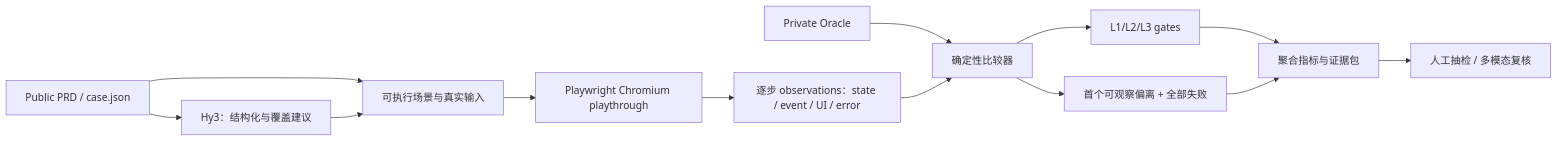
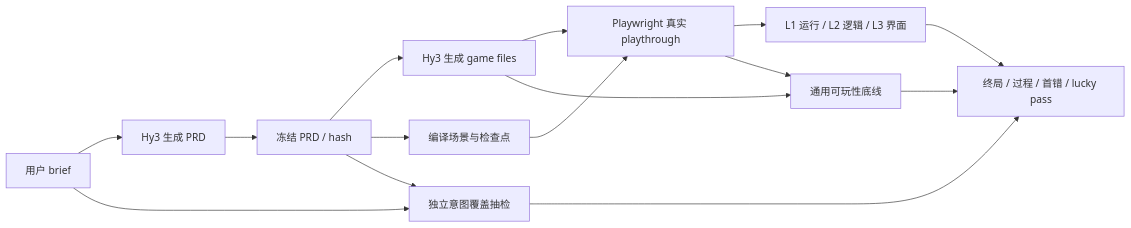
One commit to yu-xin-c/hy3-game-test-lab changed the diagram in docs/architecture.md. Above: the diagram before and after it, drawn with Mermaid. The commit also changed other lines of this file and 17 other files, not shown here.

Commit message:
feat: add brief-to-game generation flow

````diff
--- a/docs/architecture.md
+++ b/docs/architecture.md
@@ -5,15 +5,17 @@
 ```mermaid
 flowchart LR
-  A["Public PRD / case.json"] --> B["Hy3：结构化与覆盖建议"]
-  A --> C["可执行场景与真实输入"]
-  B --> C
-  C --> D["Playwright Chromium playthrough"]
-  D --> E["逐步 observations：state / event / UI / error"]
-  F["Private Oracle"] --> G["确定性比较器"]
-  E --> G
-  G --> H["L1/L2/L3 gates"]
-  G --> I["首个可观察偏离 + 全部失败"]
-  H --> J["聚合指标与证据包"]
-  I --> J
-  J --> K["人工抽检 / 多模态复核"]
+  U["用户 brief"] --> P["Hy3 生成 PRD"]
+  P --> F["冻结 PRD / hash"]
+  F --> G["Hy3 生成 game files"]
+  F --> T["编译场景与检查点"]
+  G --> R["Playwright 真实 playthrough"]
+  T --> R
+  R --> L["L1 运行 / L2 逻辑 / L3 界面"]
+  U --> A["独立意图覆盖抽检"]
+  F --> A
+  G --> B["通用可玩性底线"]
+  R --> B
+  L --> O["终局 / 过程 / 首错 / lucky pass"]
+  A --> O
+  B --> O
 ```
````
